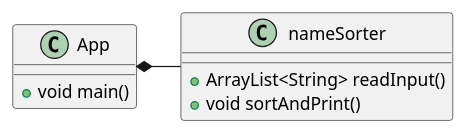
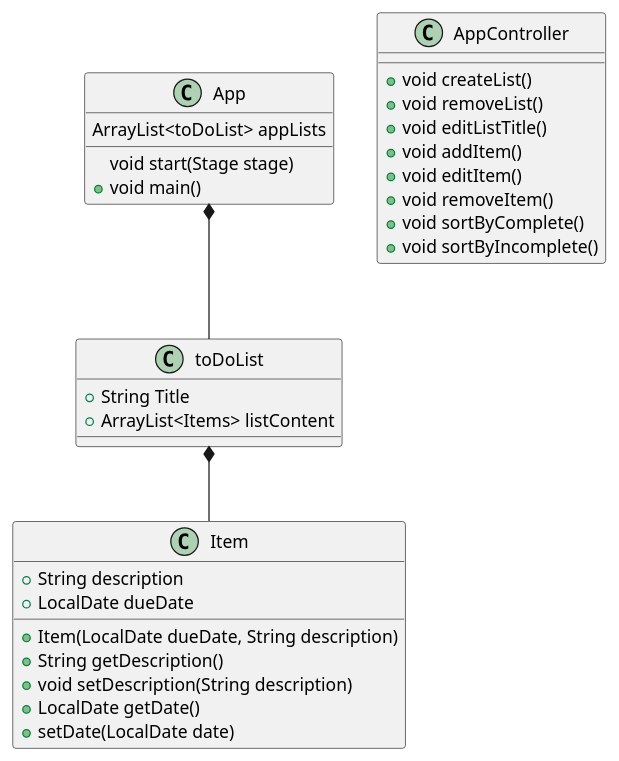
One commit to dl2579/larocque-cop3330-assignment4 changed the diagram in uml/App.puml. Above: the diagram before and after it, drawn with PlantUML. The commit also changed 8 other files, not shown here.

```diff
--- a/uml/App.puml
+++ b/uml/App.puml
@@ -1,13 +1,42 @@
 @startuml
-class nameSorter {
-    +ArrayList<String> readInput()
-    +void sortAndPrint()
-}
+
 
 class App {
+    ArrayList<toDoList> appLists
+    void start(Stage stage)
     +void main()
 }
 
-App *- nameSorter
+class AppController {
+    +void createList()
+    +void removeList()
+    +void editListTitle()
+    +void addItem()
+    +void editItem()
+    +void removeItem()
+    +void sortByComplete()
+    +void sortByIncomplete()
+}
+
+class Item {
+    +String description
+    +LocalDate dueDate
+    +Item(LocalDate dueDate, String description)
+    +String getDescription()
+    +void setDescription(String description)
+    +LocalDate getDate()
+    +setDate(LocalDate date)
+}
+
+class toDoList {
+    +String Title
+    +ArrayList<Items> listContent
+}
+
+toDoList *-- Item
+App *-- toDoList
+
+
+
 
 @enduml
```
